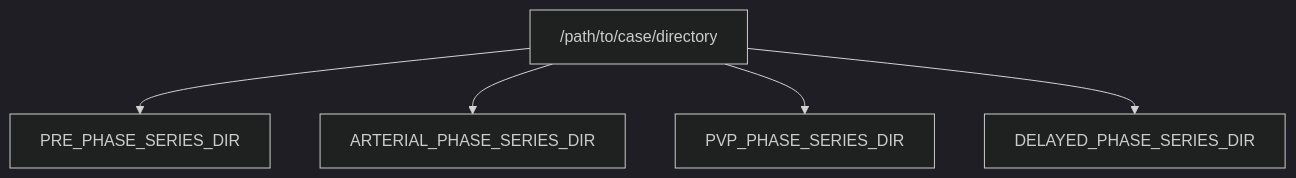
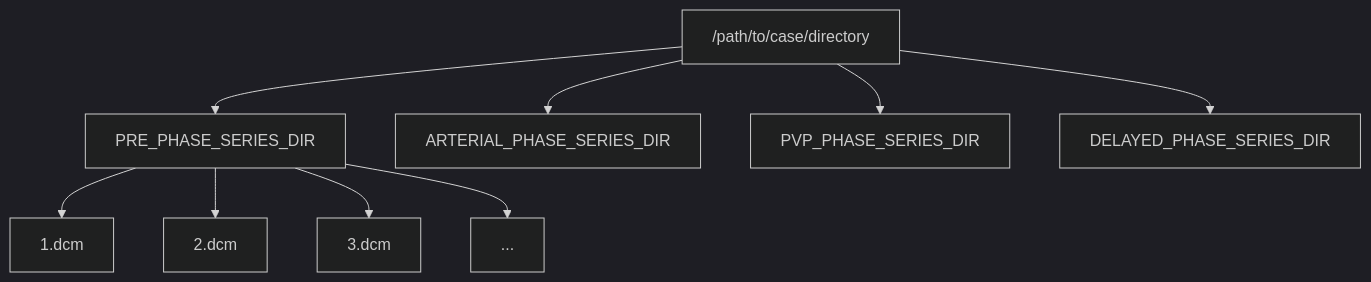
The diagram in README.md (mladenze/LiVaS), drawn with Mermaid (dark theme) before and after one commit.

````diff
--- a/README.md
+++ b/README.md
@@ -18,8 +18,12 @@
 ```mermaid
 graph TD
 
 /path/to/case/directory --> PRE_PHASE_SERIES_DIR
+PRE_PHASE_SERIES_DIR --> 1.dcm
+PRE_PHASE_SERIES_DIR --> 2.dcm
+PRE_PHASE_SERIES_DIR --> 3.dcm
+PRE_PHASE_SERIES_DIR --> ...
 /path/to/case/directory --> ARTERIAL_PHASE_SERIES_DIR
 /path/to/case/directory --> PVP_PHASE_SERIES_DIR
 /path/to/case/directory --> DELAYED_PHASE_SERIES_DIR
 ```
````
